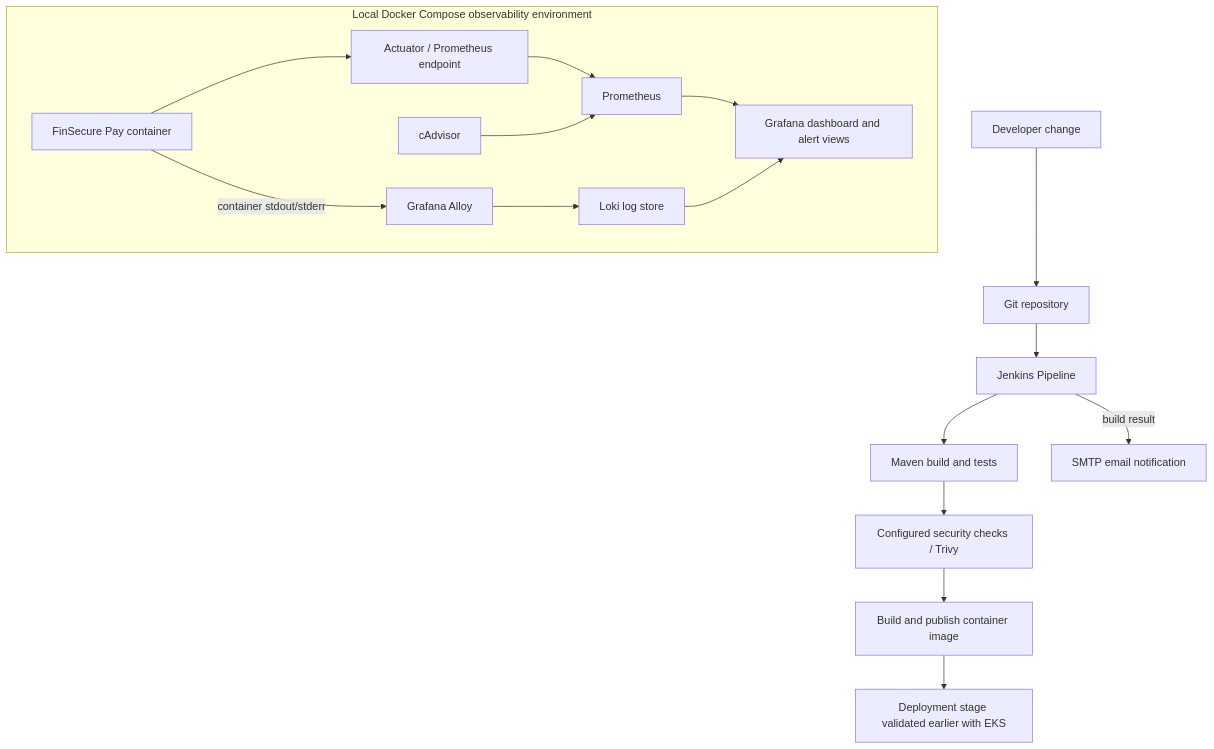
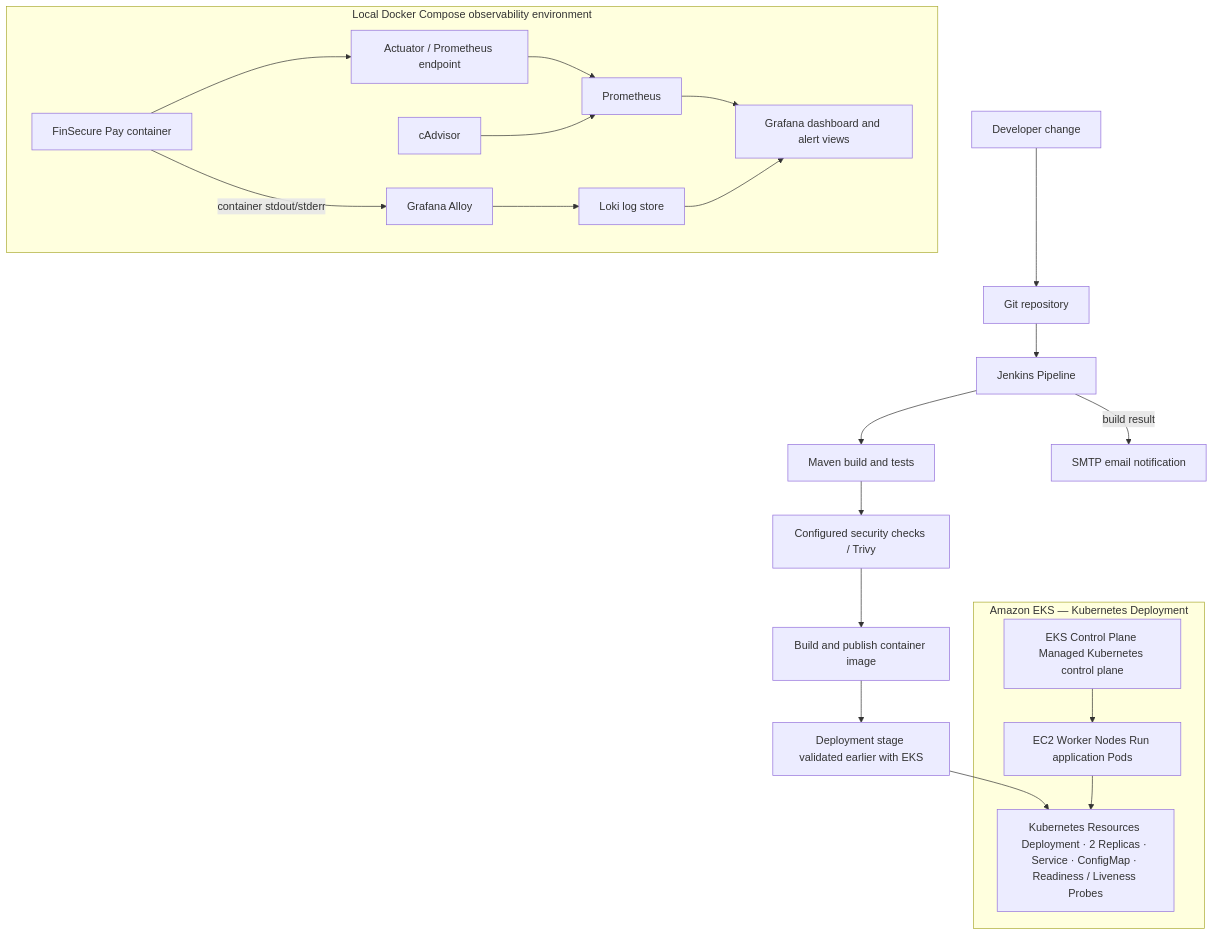
The diagram in docs/architecture.md (BruceChouTW/finsecure-pay), drawn with Mermaid before and after one commit. The commit also changed other lines of this file and 1 other file, not shown here.

Commit message:
doc: Update architecture and troubleshooting for EKS / Kubernetes deployment

````diff
--- a/docs/architecture.md
+++ b/docs/architecture.md
@@ -7,25 +16,33 @@
 ```mermaid
 flowchart TB
     Dev[Developer change] --> Git[Git repository]
     Git --> Jenkins[Jenkins Pipeline]
     Jenkins --> Test[Maven build and tests]
     Test --> Scan[Configured security checks / Trivy]
     Scan --> Image[Build and publish container image]
     Image --> Deploy[Deployment stage validated earlier with EKS]
+    Jenkins -->|build result| Email[SMTP email notification]
+    Deploy --> K8sDeployment[Amazon EKS — Kubernetes Deployment]
+    EKSCtlPlane --> EC2WorkerNode[EC2 Worker Nodes Run application Pods]
+    EC2WorkerNode --> K8sDeployment[Kubernetes Resources Deployment · 2 Replicas · Service · ConfigMap · Readiness / Liveness Probes]
+
+    subgraph EKSDeployment[Amazon EKS — Kubernetes Deployment]
+      EKSCtlPlane[EKS Control Plane Managed Kubernetes control plane]
+      EC2WorkerNode[EC2 Worker Nodes Run application Pods]
+      K8sDeployment[Kubernetes Resources Deployment · 2 Replicas · Service · ConfigMap · Readiness / Liveness Probes]
+    end
 
     subgraph LocalCompose[Local Docker Compose observability environment]
       App[FinSecure Pay container]
       Actuator[Actuator / Prometheus endpoint]
       Prom[Prometheus]
       Cadvisor[cAdvisor]
       Grafana[Grafana dashboard and alert views]
       App --> Actuator --> Prom
       Cadvisor --> Prom
       Prom --> Grafana
       App -->|container stdout/stderr| Alloy[Grafana Alloy]
       Alloy --> Loki[Loki log store]
       Loki --> Grafana
     end
-
-    Jenkins -->|build result| Email[SMTP email notification]
 ```
````
